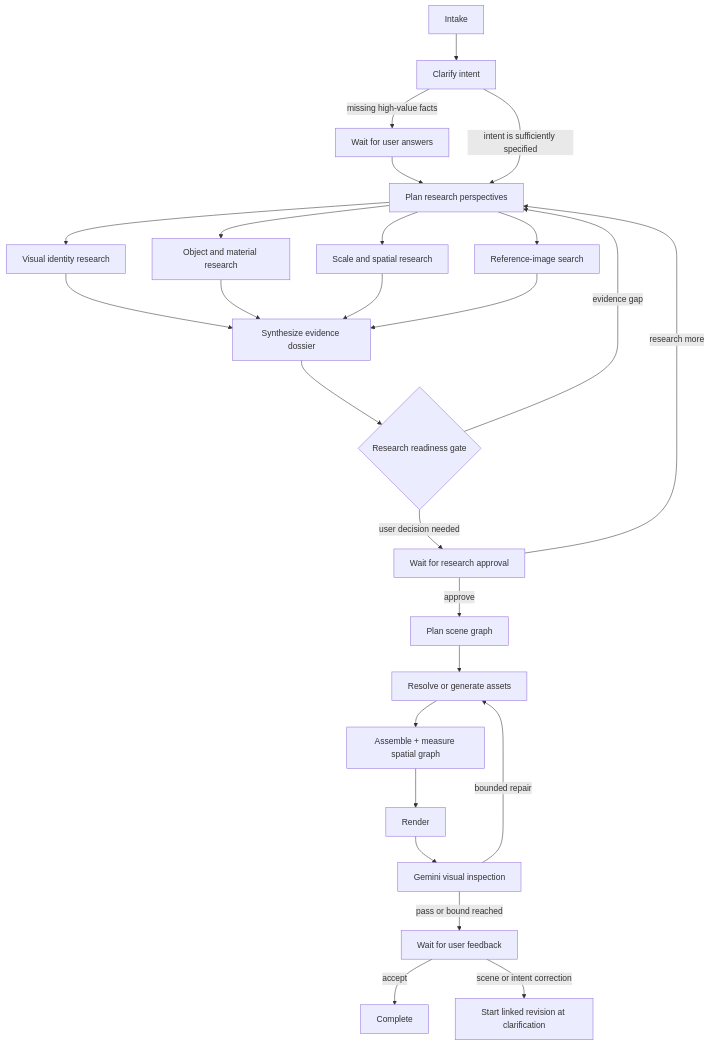
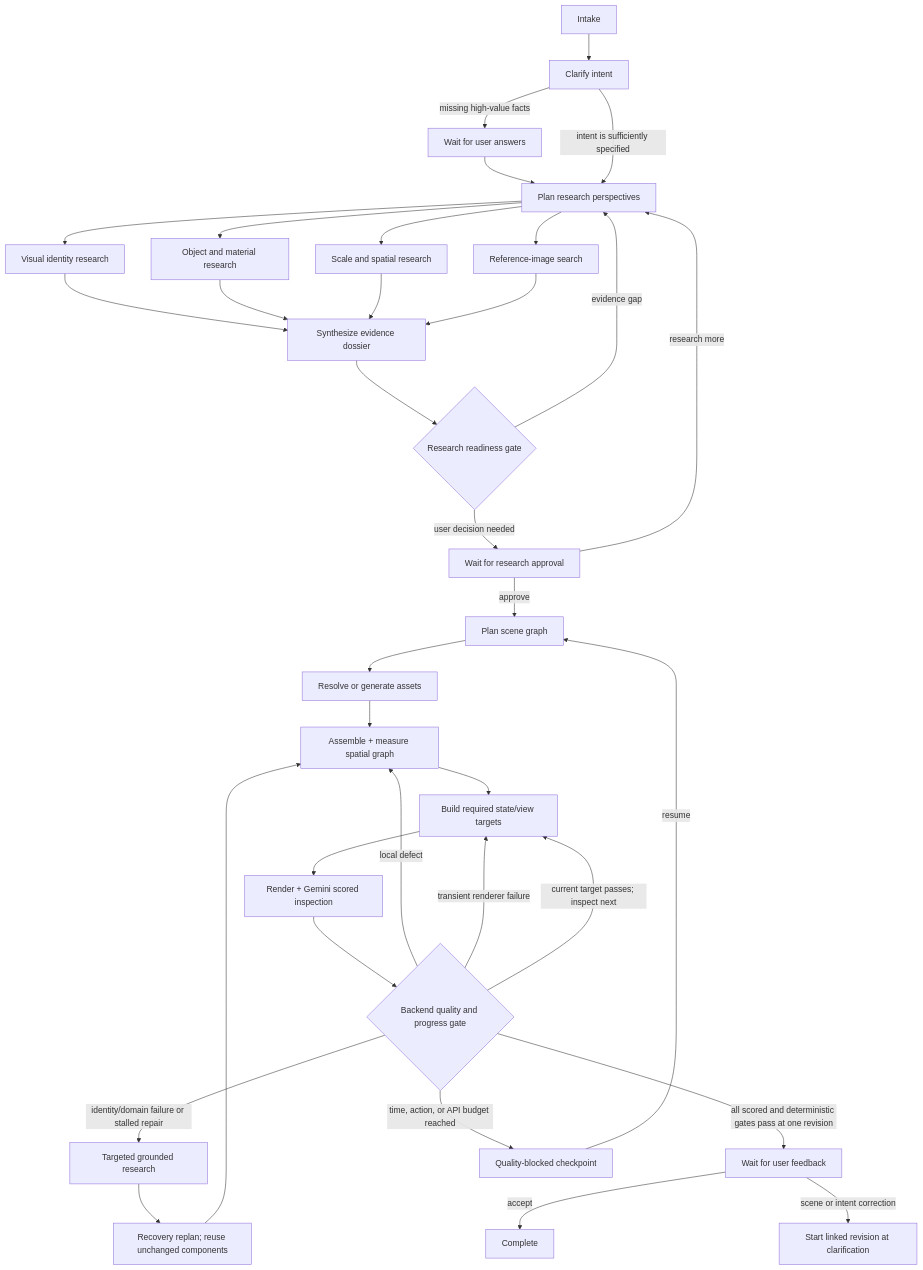
Before and after one commit to manuu-r/seein: the diagram in docs/AGENT_GRAPH.md, drawn with Mermaid. The commit also changed other lines of this file and 36 other files, not shown here.

````diff
--- a/docs/AGENT_GRAPH.md
+++ b/docs/AGENT_GRAPH.md
@@ -15,28 +15,36 @@
 ```mermaid
 flowchart TD
     A["Intake"] --> B["Clarify intent"]
     B -->|"missing high-value facts"| C["Wait for user answers"]
     C --> D
     B -->|"intent is sufficiently specified"| D["Plan research perspectives"]
     D --> E1["Visual identity research"]
     D --> E2["Object and material research"]
     D --> E3["Scale and spatial research"]
     D --> E4["Reference-image search"]
     E1 --> F["Synthesize evidence dossier"]
     E2 --> F
     E3 --> F
     E4 --> F
     F --> G{"Research readiness gate"}
     G -->|"evidence gap"| D
     G -->|"user decision needed"| H["Wait for research approval"]
     H -->|"research more"| D
     H -->|"approve"| I["Plan scene graph"]
     I --> J["Resolve or generate assets"]
     J --> K["Assemble + measure spatial graph"]
-    K --> L["Render"]
-    L --> M["Gemini visual inspection"]
-    M -->|"bounded repair"| J
-    M -->|"pass or bound reached"| N["Wait for user feedback"]
+    K --> L["Build required state/view targets"]
+    L --> M["Render + Gemini scored inspection"]
+    M --> R{"Backend quality and progress gate"}
+    R -->|"local defect"| K
+    R -->|"identity/domain failure or stalled repair"| S["Targeted grounded research"]
+    S --> T["Recovery replan; reuse unchanged components"]
+    T --> K
+    R -->|"transient renderer failure"| L
+    R -->|"current target passes; inspect next"| L
+    R -->|"all scored and deterministic gates pass at one revision"| N["Wait for user feedback"]
+    R -->|"time, action, or API budget reached"| Q["Quality-blocked checkpoint"]
+    Q -->|"resume"| I
     N -->|"accept"| O["Complete"]
     N -->|"scene or intent correction"| P["Start linked revision at clarification"]
 ```
````
